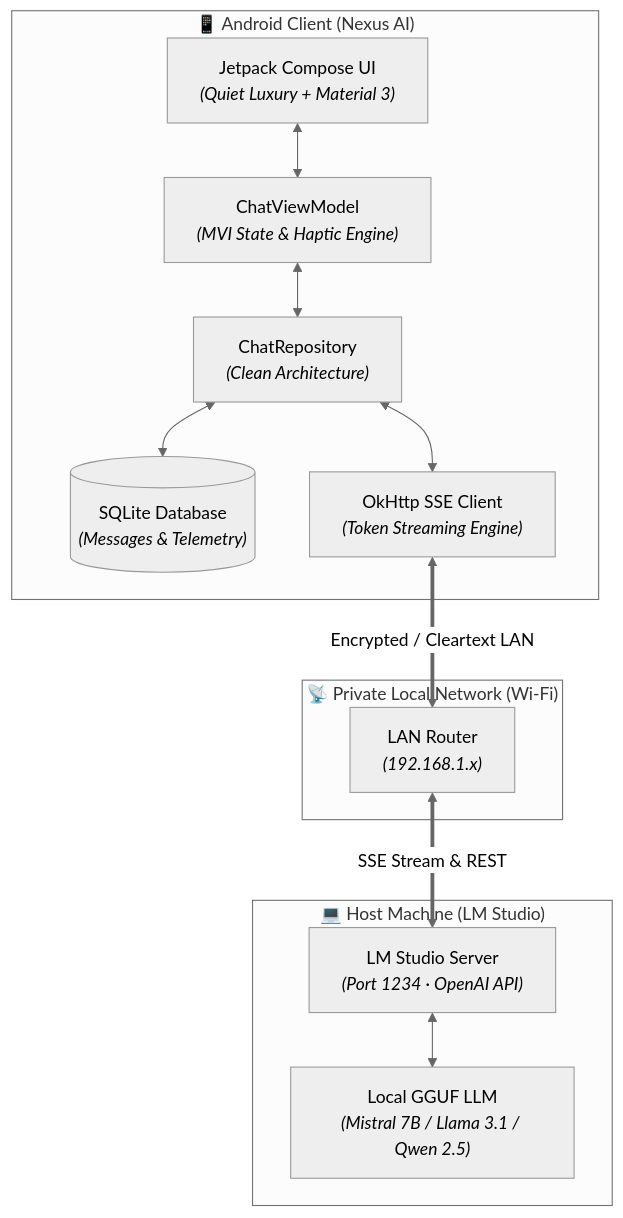
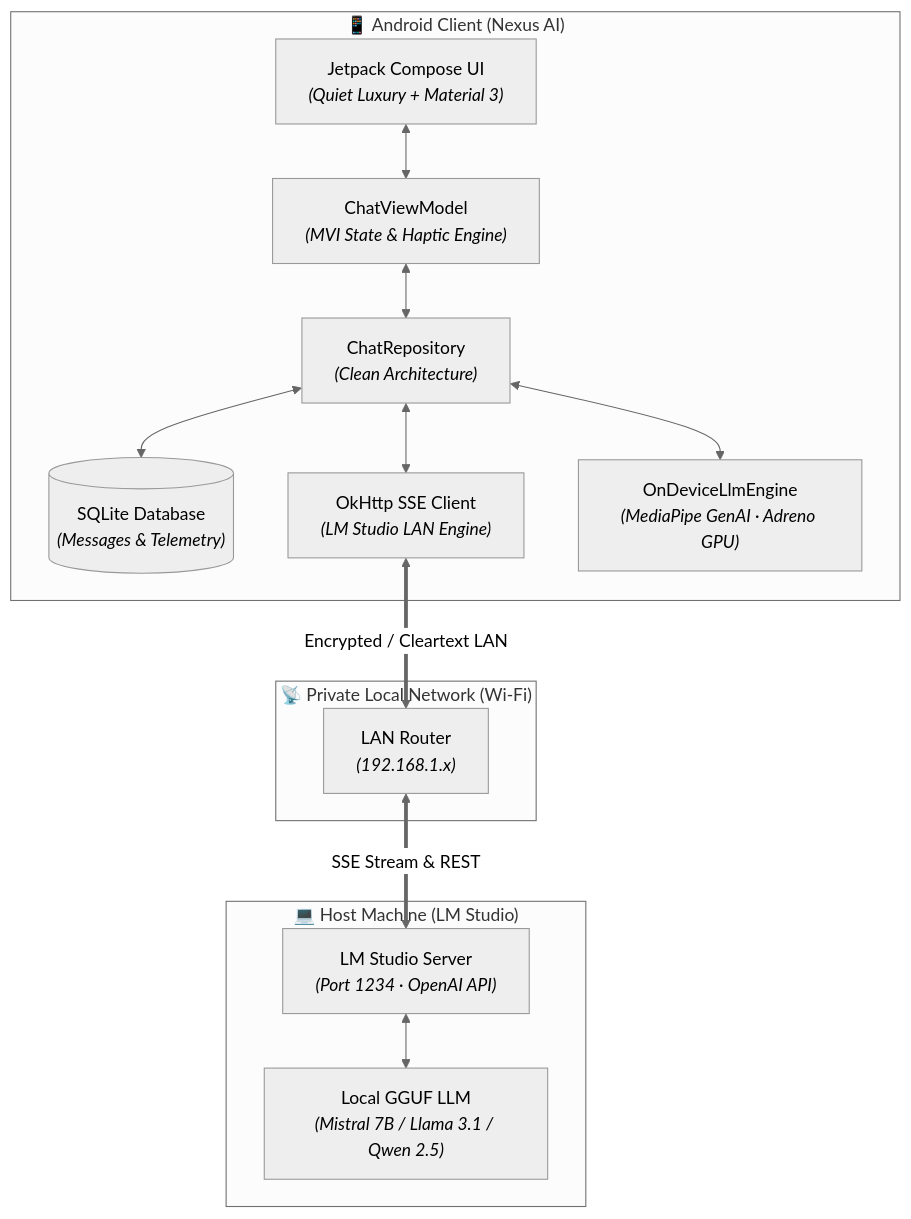
One commit to geevarghesekthomas84-sys/Gria-AI changed the diagram in README.md. Above: the diagram before and after it, drawn with Mermaid (neutral theme). The commit also changed other lines of this file and 9 other files, not shown here.

Commit message:
feat: Add 100% on-device Google Gemma LLM inference via MediaPipe GenAI & Adreno GPU acceleration

````diff
--- a/README.md
+++ b/README.md
@@ -105,29 +117,31 @@
 ```mermaid
 graph TD
     subgraph MobileDevice["📱 Android Client (Nexus AI)"]
         UI["Jetpack Compose UI<br/><i>(Quiet Luxury + Material 3)</i>"]
         VM["ChatViewModel<br/><i>(MVI State & Haptic Engine)</i>"]
         Repo["ChatRepository<br/><i>(Clean Architecture)</i>"]
         DB[("SQLite Database<br/><i>(Messages & Telemetry)</i>")]
-        SSE["OkHttp SSE Client<br/><i>(Token Streaming Engine)</i>"]
+        SSE["OkHttp SSE Client<br/><i>(LM Studio LAN Engine)</i>"]
+        OD["OnDeviceLlmEngine<br/><i>(MediaPipe GenAI · Adreno GPU)</i>"]
 
         UI <--> VM
         VM <--> Repo
         Repo <--> DB
         Repo <--> SSE
+        Repo <--> OD
     end
 
     subgraph LocalLAN["📡 Private Local Network (Wi-Fi)"]
         Router["LAN Router<br/><i>(192.168.1.x)</i>"]
     end
 
     subgraph HostPC["💻 Host Machine (LM Studio)"]
         LMS["LM Studio Server<br/><i>(Port 1234 · OpenAI API)</i>"]
         LLM["Local GGUF LLM<br/><i>(Mistral 7B / Llama 3.1 / Qwen 2.5)</i>"]
         
         LMS <--> LLM
     end
 
     SSE <==>|"Encrypted / Cleartext LAN"| Router
     Router <==>|"SSE Stream & REST"| LMS
 ```
````
